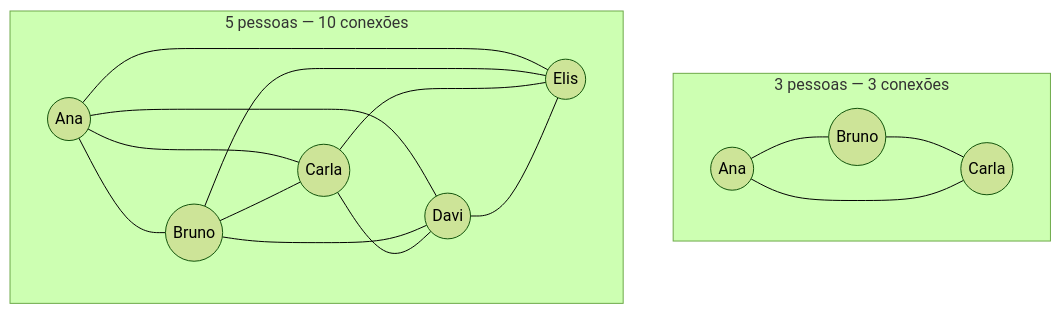
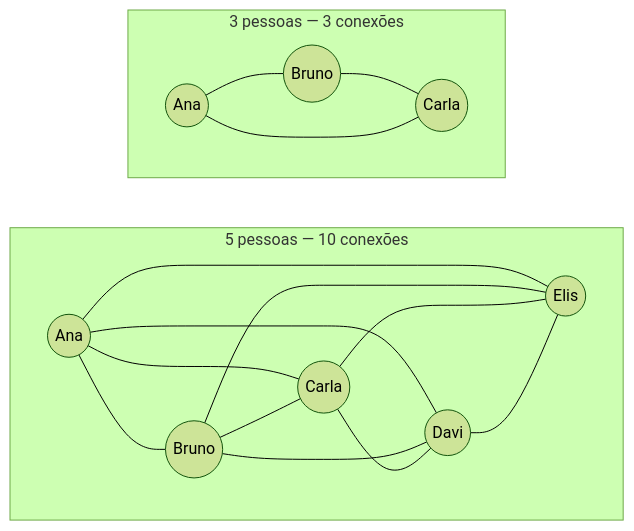
The diagram in docs-site/diagramas/src/pt/08-topologia-mesh-completo.mmd (MiniVoiceOrg/Mini_Voice), drawn with Mermaid (forest theme) before and after one commit. The commit also changed 15 other files, not shown here.

First line of the commit message:
docs: coluna larga na arquitetura e empilhamento dos dois diagramas piores

```diff
--- a/docs-site/diagramas/src/pt/08-topologia-mesh-completo.mmd
+++ b/docs-site/diagramas/src/pt/08-topologia-mesh-completo.mmd
@@ -1,19 +1,21 @@
 flowchart TB
     subgraph N3["3 pessoas — 3 conexões"]
         A1((Ana)) --- B1((Bruno))
         B1 --- C1((Carla))
         A1 --- C1
     end
 
     subgraph N5["5 pessoas — 10 conexões"]
         A((Ana)) --- B((Bruno))
         A --- C((Carla))
         A --- D((Davi))
         A --- E((Elis))
         B --- C
         B --- D
         B --- E
         C --- D
         C --- E
         D --- E
     end
+
+    N3 ~~~ N5
```
